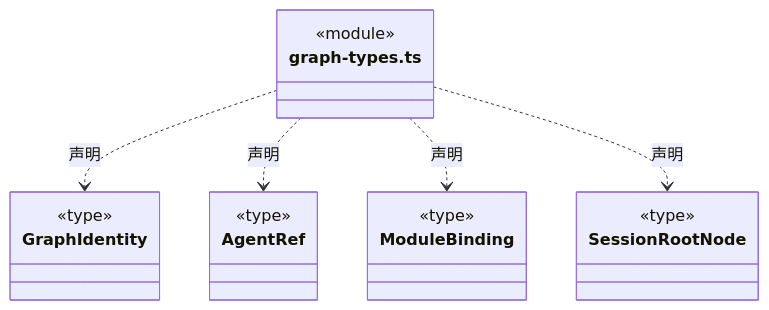
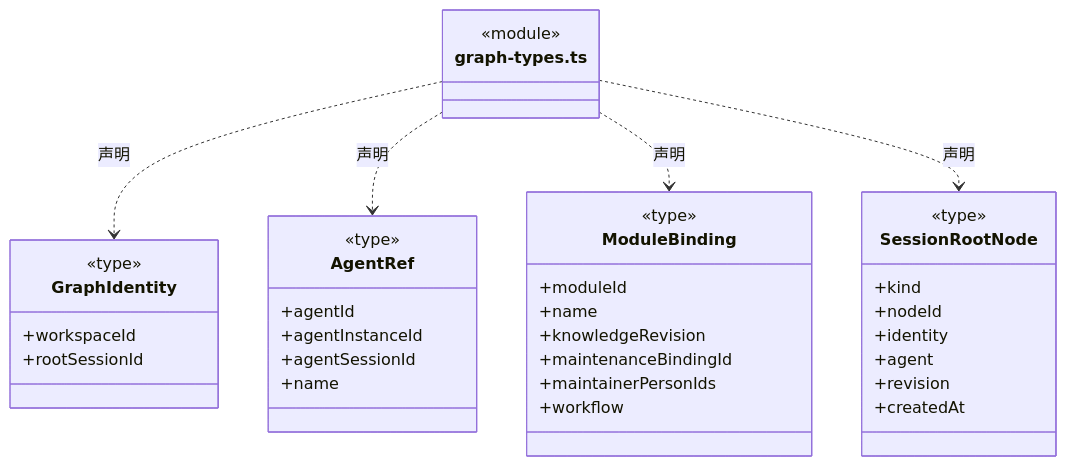
One commit to nan023062/cbim changed diagram 15 of 34 in src/backend/core/tasks/ARCHITECTURE.md. Above: the diagram before and after it, drawn with Mermaid. The commit also changed other lines of this file and 240 other files, not shown here.

````diff
--- a/src/backend/core/tasks/ARCHITECTURE.md
+++ b/src/backend/core/tasks/ARCHITECTURE.md
@@ -193,26 +361,40 @@
 ```mermaid
 classDiagram
 class N_src_backend_core_tasks_graph_types_ts["graph-types.ts"] {
   <<module>>
 }
 class N_src_backend_core_tasks_graph_types_ts_GraphIdentity["GraphIdentity"] {
   <<type>>
-
+  +workspaceId
+  +rootSessionId
 }
 N_src_backend_core_tasks_graph_types_ts ..> N_src_backend_core_tasks_graph_types_ts_GraphIdentity : 声明
 class N_src_backend_core_tasks_graph_types_ts_AgentRef["AgentRef"] {
   <<type>>
-
+  +agentId
+  +agentInstanceId
+  +agentSessionId
+  +name
 }
 N_src_backend_core_tasks_graph_types_ts ..> N_src_backend_core_tasks_graph_types_ts_AgentRef : 声明
 class N_src_backend_core_tasks_graph_types_ts_ModuleBinding["ModuleBinding"] {
   <<type>>
-
+  +moduleId
+  +name
+  +knowledgeRevision
+  +maintenanceBindingId
+  +maintainerPersonIds
+  +workflow
 }
 N_src_backend_core_tasks_graph_types_ts ..> N_src_backend_core_tasks_graph_types_ts_ModuleBinding : 声明
 class N_src_backend_core_tasks_graph_types_ts_SessionRootNode["SessionRootNode"] {
   <<type>>
-
+  +kind
+  +nodeId
+  +identity
+  +agent
+  +revision
+  +createdAt
 }
 N_src_backend_core_tasks_graph_types_ts ..> N_src_backend_core_tasks_graph_types_ts_SessionRootNode : 声明
 ```
````
